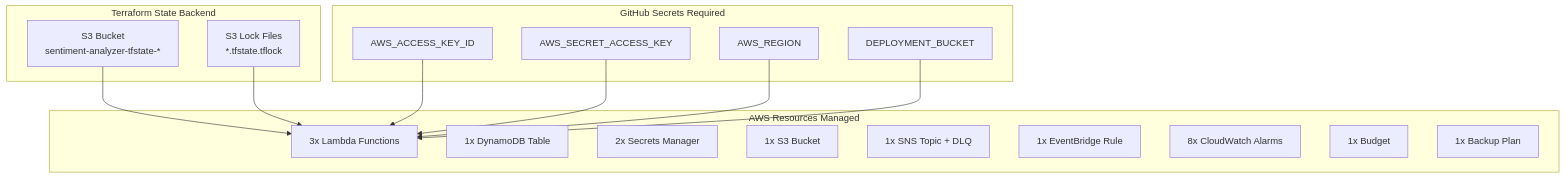
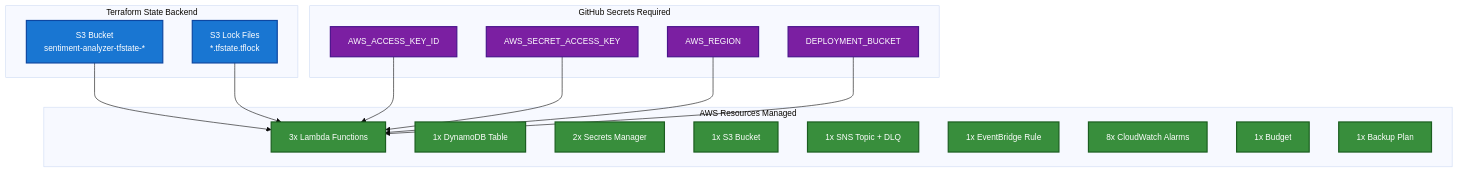
Before and after one commit to traylorre/sentiment-analyzer-gsk: the sixth of 9 diagrams in docs/TERRAFORM_DEPLOYMENT_FLOW.md, drawn with Mermaid. The commit also changed other lines of this file and 1 other file, not shown here.

First line of the commit message:
docs: Improve mermaid diagram accessibility and color contrast

````diff
--- a/docs/TERRAFORM_DEPLOYMENT_FLOW.md
+++ b/docs/TERRAFORM_DEPLOYMENT_FLOW.md
@@ -196,33 +230,42 @@
 ```mermaid
+%%{init: {'theme':'base', 'themeVariables': {'fontSize':'14px'}}}%%
 graph TB
     subgraph "Terraform State Backend"
         A[S3 Bucket<br/>sentiment-analyzer-tfstate-*]
         B[S3 Lock Files<br/>*.tfstate.tflock]
     end
 
     subgraph "GitHub Secrets Required"
         C[AWS_ACCESS_KEY_ID]
         D[AWS_SECRET_ACCESS_KEY]
         E[AWS_REGION]
         F[DEPLOYMENT_BUCKET]
     end
 
     subgraph "AWS Resources Managed"
         G[3x Lambda Functions]
         H[1x DynamoDB Table]
         I[2x Secrets Manager]
         J[1x S3 Bucket]
         K[1x SNS Topic + DLQ]
         L[1x EventBridge Rule]
         M[8x CloudWatch Alarms]
         N[1x Budget]
         O[1x Backup Plan]
     end
 
     A --> G
     B --> G
     C --> G
     D --> G
     E --> G
     F --> G
+
+    classDef stateBackend fill:#1976d2,stroke:#0d47a1,stroke-width:2px,color:#fff
+    classDef secrets fill:#7b1fa2,stroke:#4a148c,stroke-width:2px,color:#fff
+    classDef resources fill:#388e3c,stroke:#1b5e20,stroke-width:2px,color:#fff
+
+    class A,B stateBackend
+    class C,D,E,F secrets
+    class G,H,I,J,K,L,M,N,O resources
 ```
````
